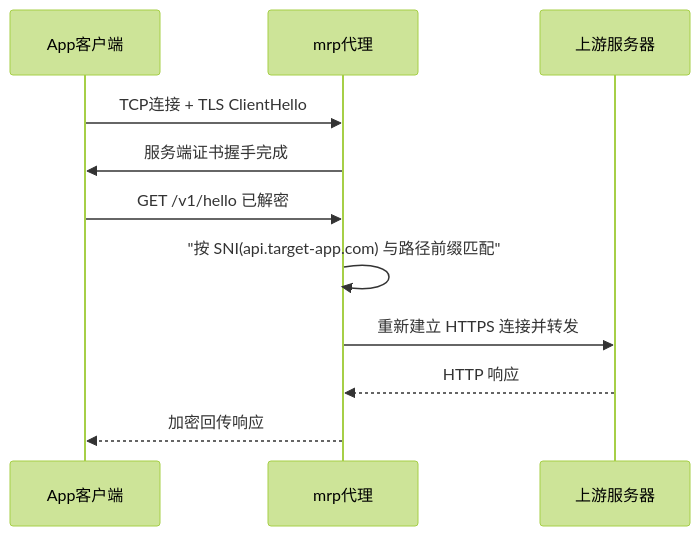
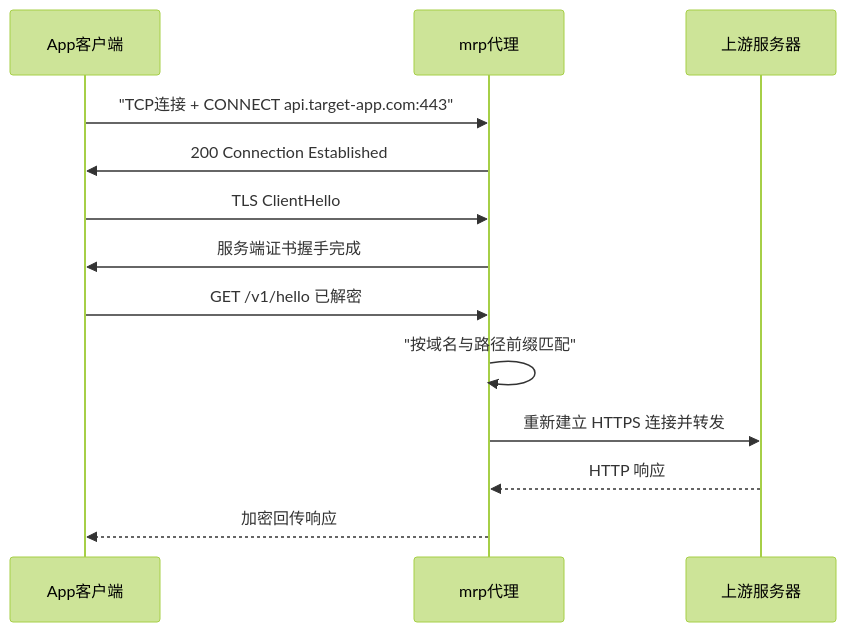
Before and after one commit to isunk/MyReverseProxy: the diagram in README.md, drawn with Mermaid (forest theme). The commit also changed other lines of this file and 37 other files, not shown here.

````diff
--- a/README.md
+++ b/README.md
@@ -11,14 +11,16 @@
 ```mermaid
 sequenceDiagram
     participant App as App客户端
     participant mrp as mrp代理
     participant Up as 上游服务器
 
-    App->>mrp: TCP连接 + TLS ClientHello
+    App->>mrp: "TCP连接 + CONNECT api.target-app.com:443"
+    mrp->>App: 200 Connection Established
+    App->>mrp: TLS ClientHello
     mrp->>App: 服务端证书握手完成
     App->>mrp: GET /v1/hello 已解密
-    mrp->>mrp: "按 SNI(api.target-app.com) 与路径前缀匹配"
+    mrp->>mrp: "按域名与路径前缀匹配"
     mrp->>Up: 重新建立 HTTPS 连接并转发
     Up-->>mrp: HTTP 响应
     mrp-->>App: 加密回传响应
 ```
````
